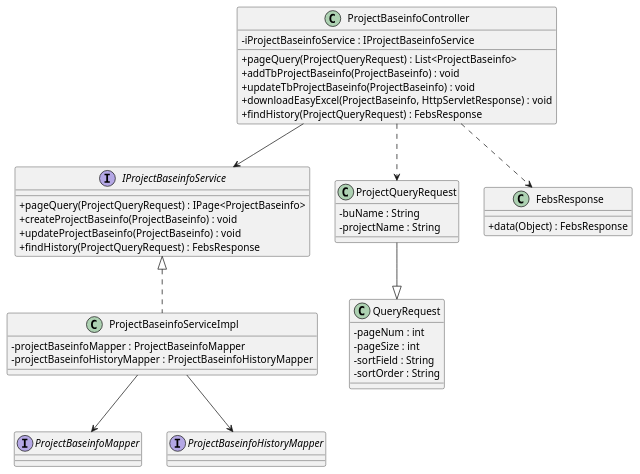
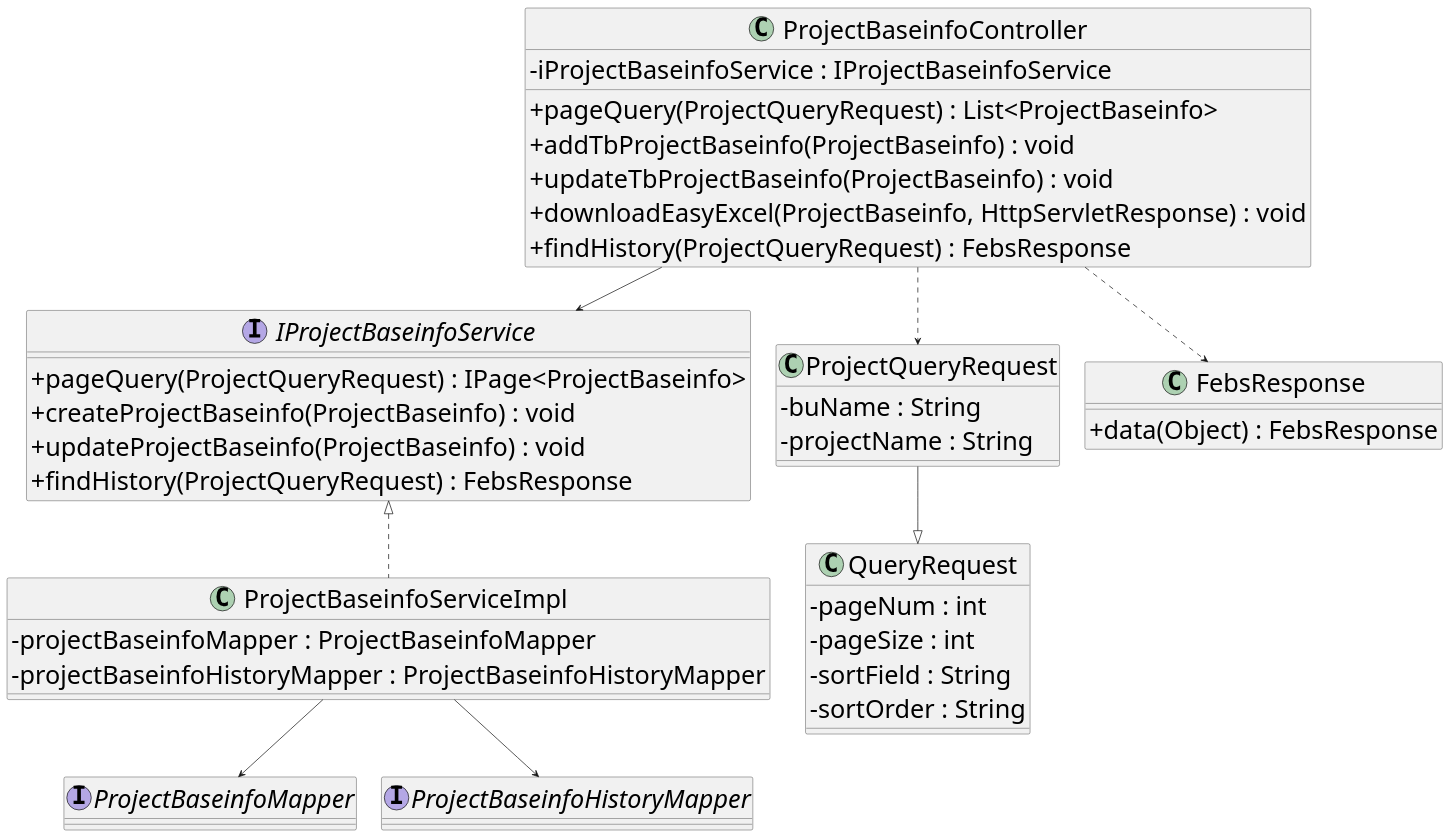
The diagram in imgs/code/项目基本信息管理/项目基本信息管理类图.puml (Moon-Knight1/SEU-Graduation-Thesis-Template), drawn with PlantUML before and after one commit. The commit also changed 45 other files, not shown here.

```diff
--- a/imgs/code/项目基本信息管理/项目基本信息管理类图.puml
+++ b/imgs/code/项目基本信息管理/项目基本信息管理类图.puml
@@ -1,80 +1,81 @@
 @startuml
+skinparam defaultFontSize 35
 skinparam classAttributeIconSize 0
 
 ' =========================
 ' Controller
 ' =========================
 class ProjectBaseinfoController {
     - iProjectBaseinfoService : IProjectBaseinfoService
     + pageQuery(ProjectQueryRequest) : List<ProjectBaseinfo>
     + addTbProjectBaseinfo(ProjectBaseinfo) : void
     + updateTbProjectBaseinfo(ProjectBaseinfo) : void
     + downloadEasyExcel(ProjectBaseinfo, HttpServletResponse) : void
     + findHistory(ProjectQueryRequest) : FebsResponse
 }
 
 ' =========================
 ' Service Interface
 ' =========================
 interface IProjectBaseinfoService {
     + pageQuery(ProjectQueryRequest) : IPage<ProjectBaseinfo>
     + createProjectBaseinfo(ProjectBaseinfo) : void
     + updateProjectBaseinfo(ProjectBaseinfo) : void
     + findHistory(ProjectQueryRequest) : FebsResponse
 }
 
 ' =========================
 ' Service Implementation
 ' =========================
 class ProjectBaseinfoServiceImpl {
     - projectBaseinfoMapper : ProjectBaseinfoMapper
     - projectBaseinfoHistoryMapper : ProjectBaseinfoHistoryMapper
 }
 
 ' =========================
 ' Mapper Interfaces
 ' =========================
 interface ProjectBaseinfoMapper
 interface ProjectBaseinfoHistoryMapper
 
 ' =========================
 ' Query Objects
 ' =========================
 class QueryRequest {
     - pageNum : int
     - pageSize : int
     - sortField : String
     - sortOrder : String
 }
 
 class ProjectQueryRequest {
     - buName : String
     - projectName : String
 }
 
 ProjectQueryRequest --|> QueryRequest
 
 ' =========================
 ' Response
 ' =========================
 class FebsResponse {
     + data(Object) : FebsResponse
 }
 
 ' =========================
 ' Relationships
 ' =========================
 ' Controller 持有 Service 实例（关联）
 ProjectBaseinfoController --> IProjectBaseinfoService
 
 ' Controller 使用 Query 和 Response（依赖）
 ProjectBaseinfoController ..> ProjectQueryRequest
 ProjectBaseinfoController ..> FebsResponse
 
 ' Service 实现关系
 IProjectBaseinfoService <|.. ProjectBaseinfoServiceImpl
 
 ' ServiceImpl 持有 Mapper 实例（关联）
 ProjectBaseinfoServiceImpl --> ProjectBaseinfoMapper
 ProjectBaseinfoServiceImpl --> ProjectBaseinfoHistoryMapper
 @enduml
```
